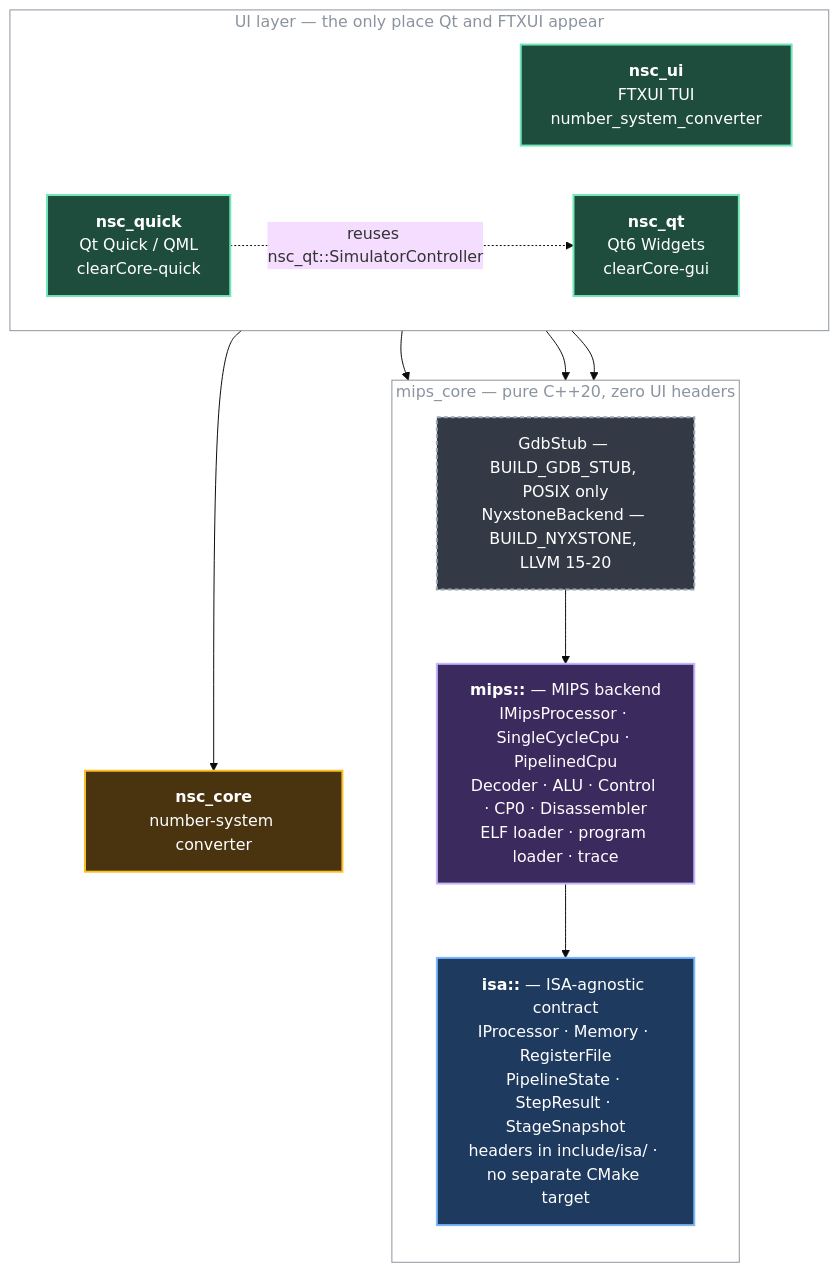
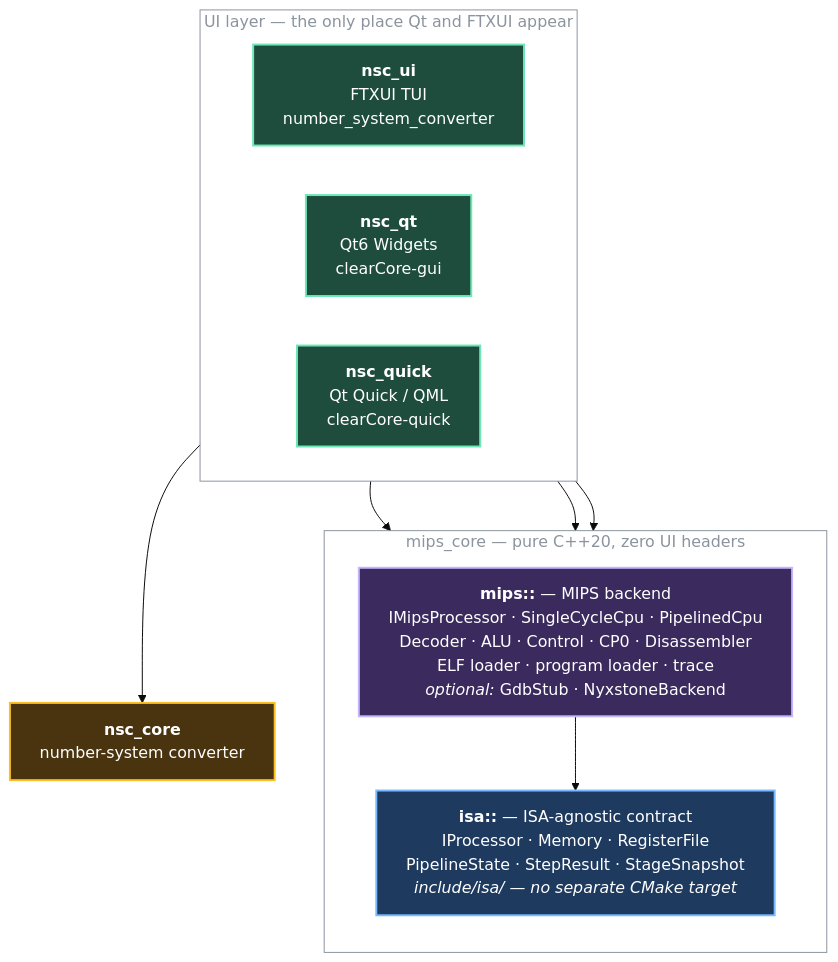
One commit to khenderson20/clearCore changed the diagram in wiki/Architecture.md. Above: the diagram before and after it, drawn with Mermaid (base theme).

First paragraph of the commit message:
docs: fix Architecture diagram layout after rendering it
Parsing in #214 proved the grammar was valid. It said nothing about how the
diagram looks, so I rendered all three to PNG with mermaid-cli on both a
#ffffff and a #0d1117 background and looked at them.

````diff
--- a/wiki/Architecture.md
+++ b/wiki/Architecture.md
@@ -9,40 +9,36 @@
 ```mermaid
+%%{init: {"flowchart": {"wrappingWidth": 400}}}%%
 flowchart TD
     subgraph UI["UI layer — the only place Qt and FTXUI appear"]
         direction LR
         TUI["<b>nsc_ui</b><br/>FTXUI TUI<br/>number_system_converter"]
         QT["<b>nsc_qt</b><br/>Qt6 Widgets<br/>clearCore-gui"]
         QML["<b>nsc_quick</b><br/>Qt Quick / QML<br/>clearCore-quick"]
     end
 
     subgraph CORE["mips_core — pure C++20, zero UI headers"]
         direction TB
-        ISA["<b>isa::</b> — ISA-agnostic contract<br/>IProcessor · Memory · RegisterFile<br/>PipelineState · StepResult · StageSnapshot<br/>headers in include/isa/ · no separate CMake target"]
-        MIPS["<b>mips::</b> — MIPS backend<br/>IMipsProcessor · SingleCycleCpu · PipelinedCpu<br/>Decoder · ALU · Control · CP0 · Disassembler<br/>ELF loader · program loader · trace"]
-        OPT["GdbStub — BUILD_GDB_STUB, POSIX only<br/>NyxstoneBackend — BUILD_NYXSTONE, LLVM 15-20"]
+        MIPS["<b>mips::</b> — MIPS backend<br/>IMipsProcessor · SingleCycleCpu · PipelinedCpu<br/>Decoder · ALU · Control · CP0 · Disassembler<br/>ELF loader · program loader · trace<br/><i>optional:</i> GdbStub · NyxstoneBackend"]
+        ISA["<b>isa::</b> — ISA-agnostic contract<br/>IProcessor · Memory · RegisterFile<br/>PipelineState · StepResult · StageSnapshot<br/><i>include/isa/ — no separate CMake target</i>"]
+        MIPS --> ISA
     end
 
     NSC["<b>nsc_core</b><br/>number-system converter"]
 
-    QML -. "reuses nsc_qt::SimulatorController" .-> QT
     TUI --> CORE
     QT --> CORE
     QML --> CORE
     TUI --> NSC
-    MIPS --> ISA
-    OPT --> MIPS
 
     classDef ui   fill:#1f4d3d,stroke:#6ee7b7,stroke-width:2px,color:#ffffff
     classDef isa  fill:#1e3a5f,stroke:#7ab8ff,stroke-width:2px,color:#ffffff
     classDef mips fill:#3b2a5e,stroke:#c4b5fd,stroke-width:2px,color:#ffffff
     classDef nsc  fill:#4a3410,stroke:#fbbf24,stroke-width:2px,color:#ffffff
-    classDef opt  fill:#333a45,stroke:#9aa4b2,stroke-width:2px,color:#ffffff,stroke-dasharray:4 3
     classDef zone fill:none,stroke:#8b949e,stroke-width:1px,color:#8b949e
 
     class TUI,QT,QML ui
     class ISA isa
     class MIPS mips
     class NSC nsc
-    class OPT opt
     class UI,CORE zone
 ```
````
